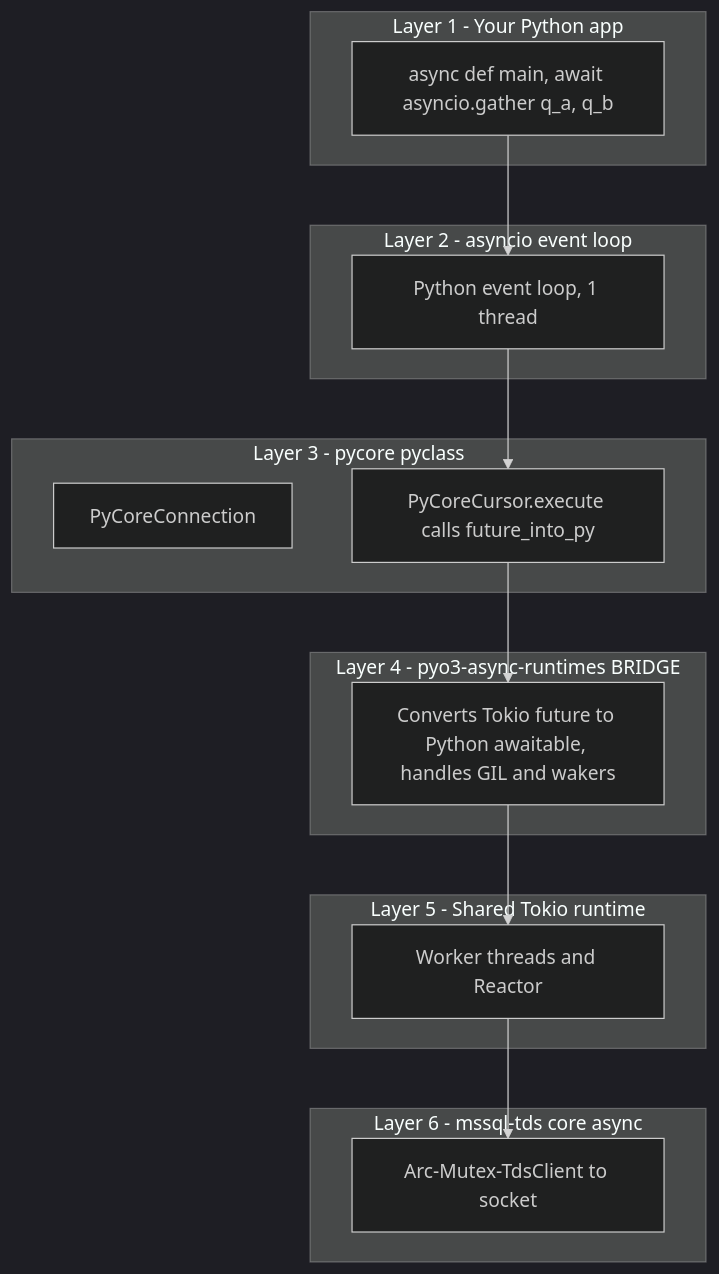
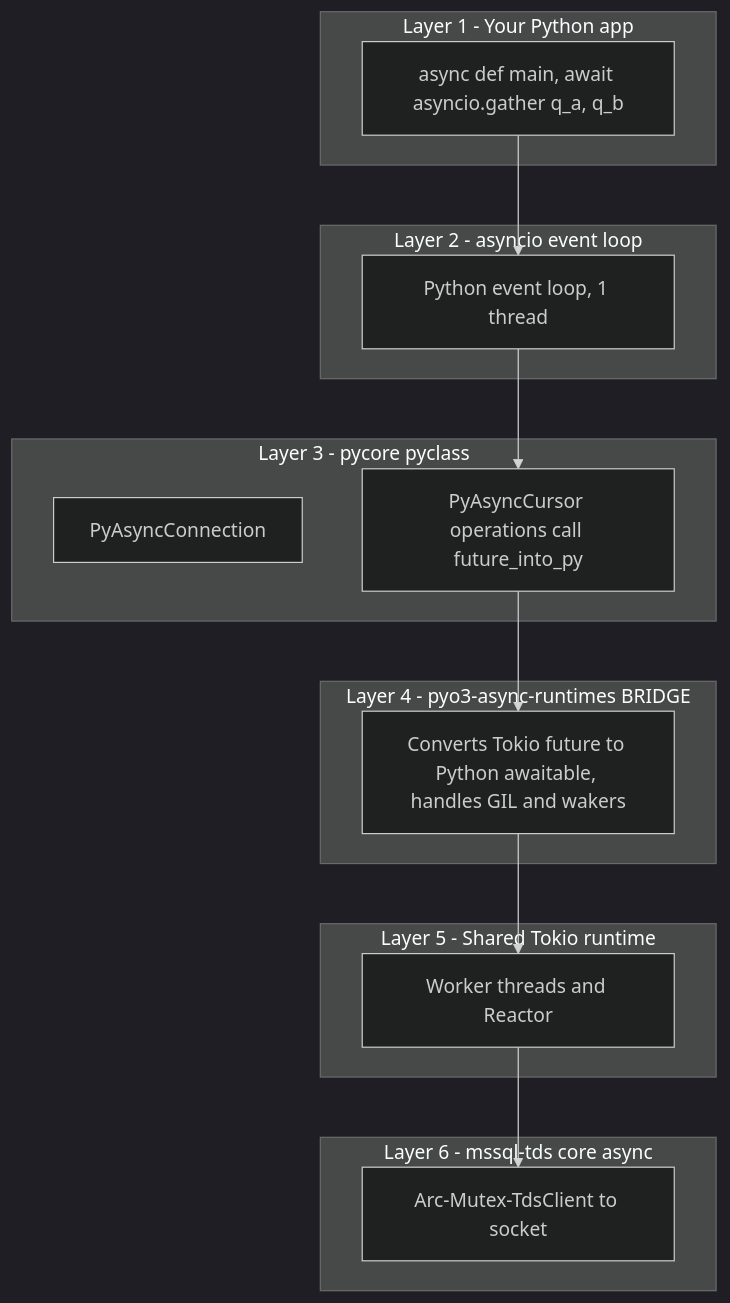
The second of 16 diagrams in docs/async-execution-design.md (microsoft/mssql-rs), drawn with Mermaid (dark theme) before and after one commit. The commit also changed other lines of this file and 1 other file, not shown here.

Commit message:
Correct async architecture documentation and API examples

````diff
--- a/docs/async-execution-design.md
+++ b/docs/async-execution-design.md
@@ -217,23 +234,23 @@
 ```mermaid
 flowchart TB
     subgraph L1["Layer 1 - Your Python app"]
         APP["async def main, await asyncio.gather q_a, q_b"]
     end
     subgraph L2["Layer 2 - asyncio event loop"]
         LOOP["Python event loop, 1 thread"]
     end
     subgraph L3["Layer 3 - pycore pyclass"]
-        CONN["PyCoreConnection"]
-        CUR["PyCoreCursor.execute calls future_into_py"]
+        CONN["PyAsyncConnection"]
+        CUR["PyAsyncCursor operations call future_into_py"]
     end
     subgraph L4["Layer 4 - pyo3-async-runtimes BRIDGE"]
         BR["Converts Tokio future to Python awaitable, handles GIL and wakers"]
     end
     subgraph L5["Layer 5 - Shared Tokio runtime"]
         RT["Worker threads and Reactor"]
     end
     subgraph L6["Layer 6 - mssql-tds core async"]
         TDS["Arc-Mutex-TdsClient to socket"]
     end
     APP --> LOOP --> CUR --> BR --> RT --> TDS
 ```
````
